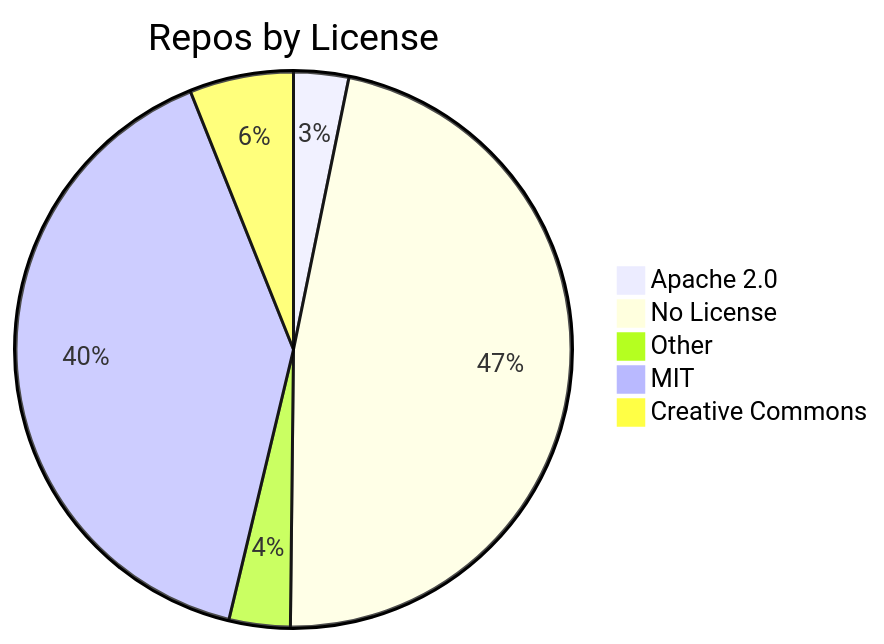
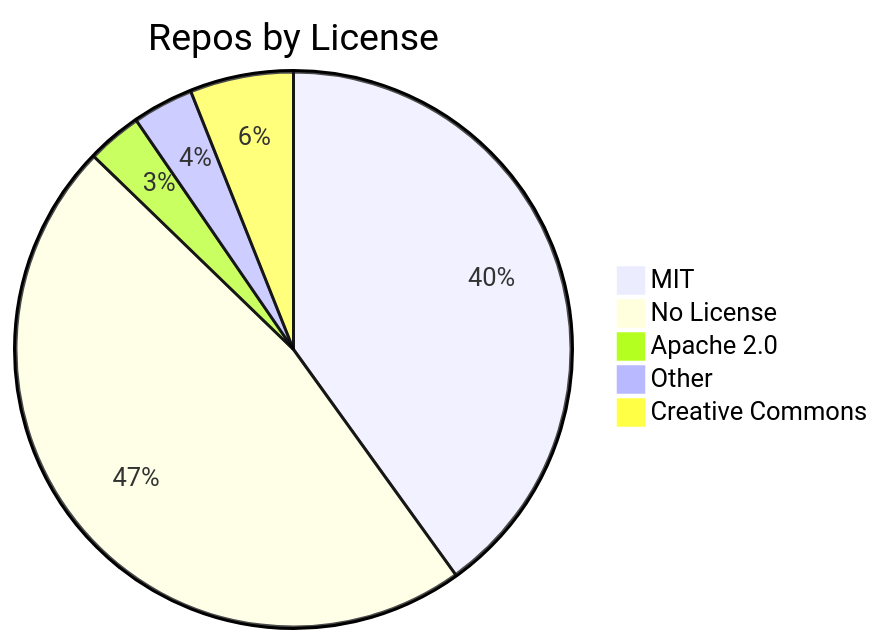
One commit to jpatterson933/awesome-mcp-server-repo-index changed the diagram in README.md. Above: the diagram before and after it, drawn with Mermaid. The commit also changed other lines of this file and 3 other files, not shown here.

````diff
--- a/README.md
+++ b/README.md
@@ -29,8 +29,8 @@
 ```mermaid
 pie title Repos by License
+    "MIT" : 113
+    "No License" : 133
     "Apache 2.0" : 9
-    "No License" : 132
     "Other" : 10
-    "MIT" : 113
     "Creative Commons" : 17
 ```
````
